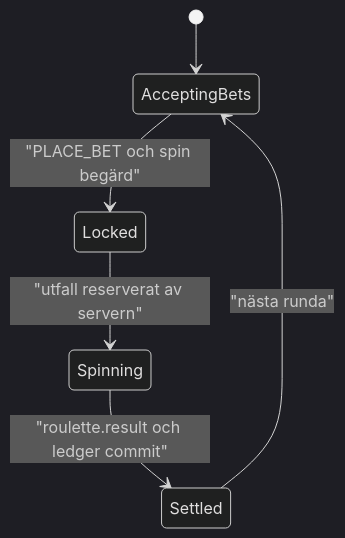
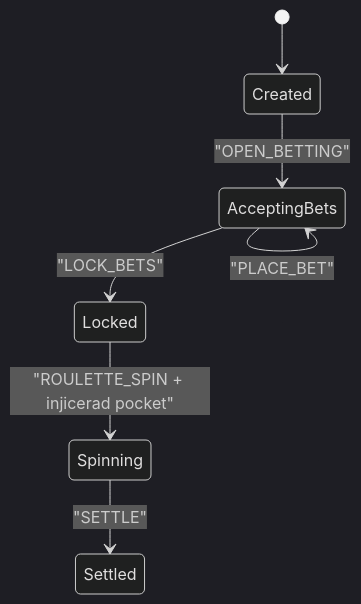
One commit to Jakeminator123/spelsajt changed the third of 3 diagrams in docs/SYSTEM_CANVAS.md. Above: the diagram before and after it, drawn with Mermaid (dark theme). The commit also changed other lines of this file and 73 other files, not shown here.

````diff
--- a/docs/SYSTEM_CANVAS.md
+++ b/docs/SYSTEM_CANVAS.md
@@ -100,8 +136,9 @@
 ```mermaid
 stateDiagram-v2
-    [*] --> AcceptingBets
-    AcceptingBets --> Locked: "PLACE_BET och spin begärd"
-    Locked --> Spinning: "utfall reserverat av servern"
-    Spinning --> Settled: "roulette.result och ledger commit"
-    Settled --> AcceptingBets: "nästa runda"
+    [*] --> Created
+    Created --> AcceptingBets: "OPEN_BETTING"
+    AcceptingBets --> AcceptingBets: "PLACE_BET"
+    AcceptingBets --> Locked: "LOCK_BETS"
+    Locked --> Spinning: "ROULETTE_SPIN + injicerad pocket"
+    Spinning --> Settled: "SETTLE"
 ```
````
